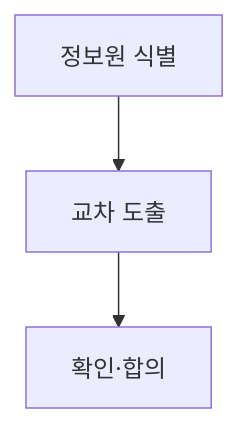
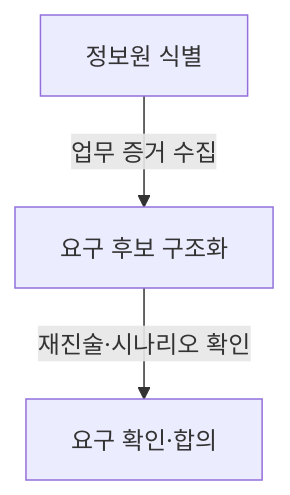
Before and after one commit to agnusdei1207/study: the diagram in src/content/docs/notes/itpe/02-software-engineering/041_requirements_elicitation.md, drawn with Mermaid. The commit also changed other lines of this file and 3 other files, not shown here.

````diff
--- a/src/content/docs/notes/itpe/02-software-engineering/041_requirements_elicitation.md
+++ b/src/content/docs/notes/itpe/02-software-engineering/041_requirements_elicitation.md
@@ -49,5 +55,5 @@
 ```mermaid
 flowchart TB
-    A["정보원 식별"] --> B["교차 도출"]
-    B --> C["확인·합의"]
+    A["정보원 식별"] -->|"업무 증거 수집"| B["요구 후보 구조화"]
+    B -->|"재진술·시나리오 확인"| C["요구 확인·합의"]
 ```
````
